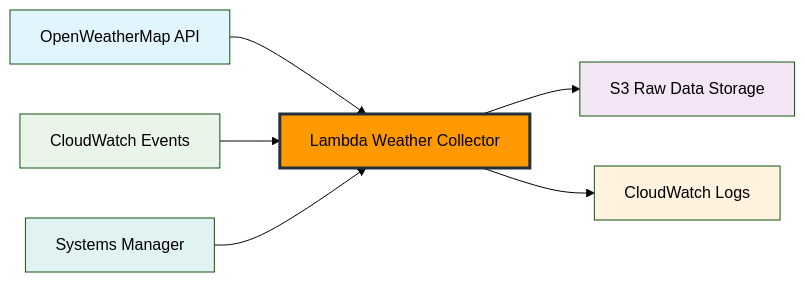
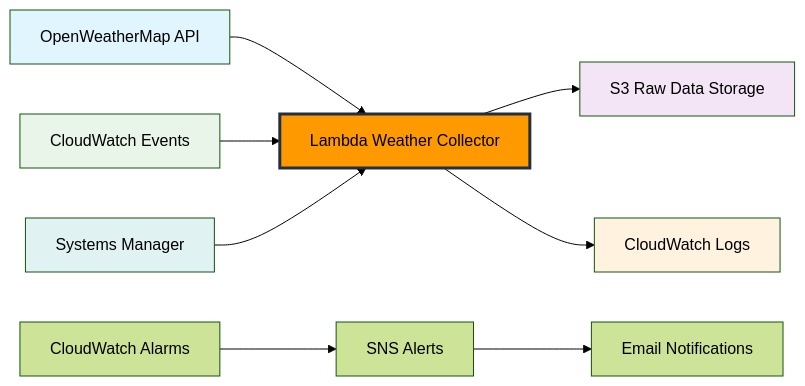
One commit to imvhuy/imvhuy.github.io changed the diagram in content/2-data-collection-openweathermap/_index.vi.md. Above: the diagram before and after it, drawn with Mermaid (forest theme). The commit also changed other lines of this file and 59 other files, not shown here.

````diff
--- a/content/2-data-collection-openweathermap/_index.vi.md
+++ b/content/2-data-collection-openweathermap/_index.vi.md
@@ -47,15 +64,17 @@
 ```mermaid
 graph LR
     A[OpenWeatherMap API] --> B[Lambda Weather Collector]
     C[CloudWatch Events] --> B
     B --> D[S3 Raw Data Storage]
     B --> E[CloudWatch Logs]
     F[Systems Manager] --> B
+    G[SNS Alerts] --> H[Email Notifications]
+    I[CloudWatch Alarms] --> G
 
     style A fill:#e1f5fe
     style B fill:#ff9900,stroke:#232f3e,stroke-width:3px
     style C fill:#e8f5e8
     style D fill:#f3e5f5
     style E fill:#fff3e0
     style F fill:#e0f2f1
 ```
````
